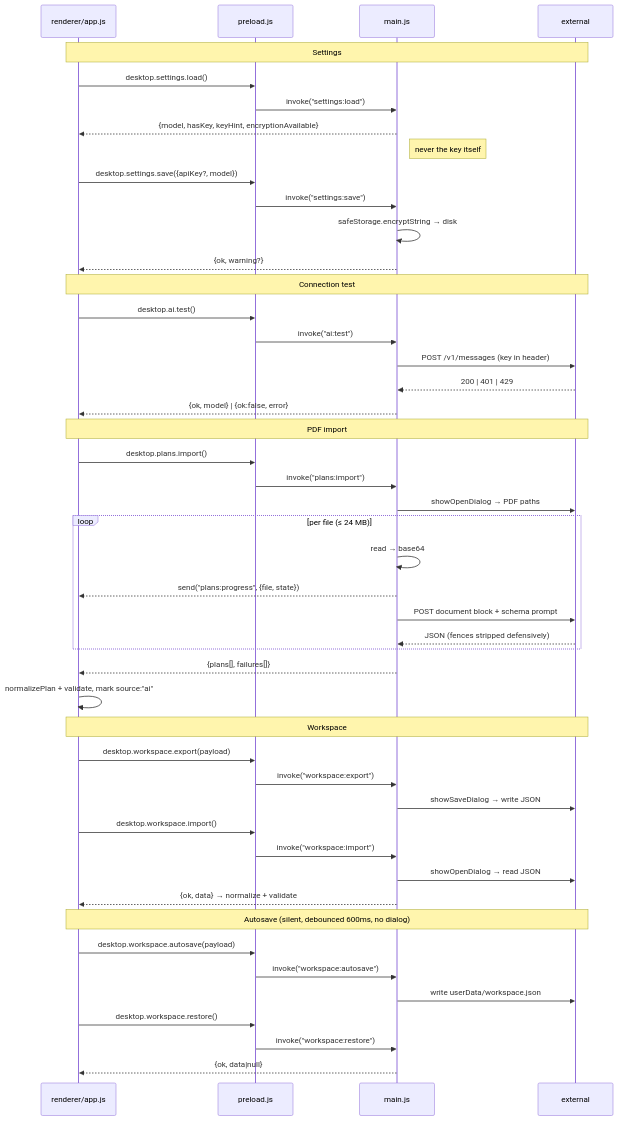
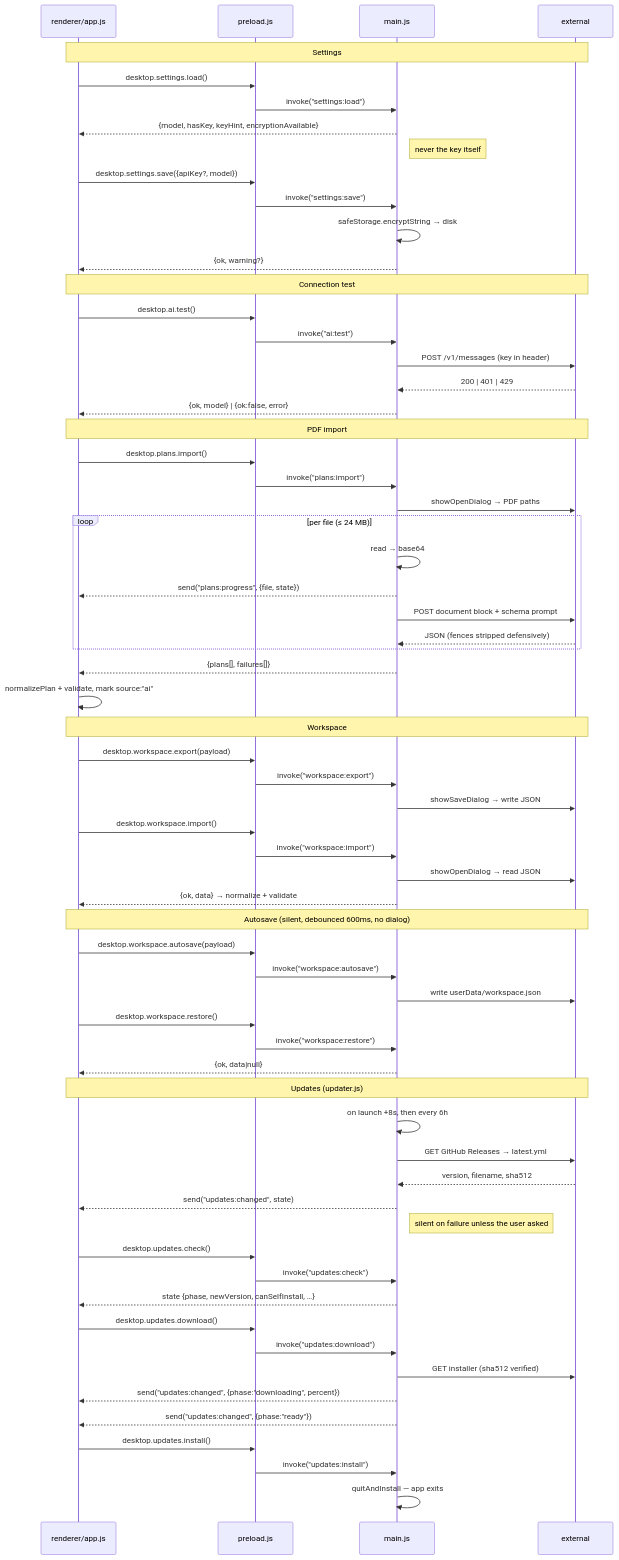
The fifth of 6 diagrams in docs/DATA-FLOW.md (TrevorD90/InsuranceCalculator), drawn with Mermaid before and after one commit. The commit also changed other lines of this file and 11 other files, not shown here.

````diff
--- a/docs/DATA-FLOW.md
+++ b/docs/DATA-FLOW.md
@@ -235,55 +235,76 @@
 ```mermaid
 sequenceDiagram
     participant R as renderer/app.js
     participant P as preload.js
     participant M as main.js
     participant X as external
 
     Note over R,X: Settings
     R->>P: desktop.settings.load()
     P->>M: invoke("settings:load")
     M-->>R: {model, hasKey, keyHint, encryptionAvailable}
     Note right of M: never the key itself
 
     R->>P: desktop.settings.save({apiKey?, model})
     P->>M: invoke("settings:save")
     M->>M: safeStorage.encryptString → disk
     M-->>R: {ok, warning?}
 
     Note over R,X: Connection test
     R->>P: desktop.ai.test()
     P->>M: invoke("ai:test")
     M->>X: POST /v1/messages (key in header)
     X-->>M: 200 | 401 | 429
     M-->>R: {ok, model} | {ok:false, error}
 
     Note over R,X: PDF import
     R->>P: desktop.plans.import()
     P->>M: invoke("plans:import")
     M->>X: showOpenDialog → PDF paths
     loop per file (≤ 24 MB)
         M->>M: read → base64
         M-->>R: send("plans:progress", {file, state})
         M->>X: POST document block + schema prompt
         X-->>M: JSON (fences stripped defensively)
     end
     M-->>R: {plans[], failures[]}
     R->>R: normalizePlan + validate, mark source:"ai"
 
     Note over R,X: Workspace
     R->>P: desktop.workspace.export(payload)
     P->>M: invoke("workspace:export")
     M->>X: showSaveDialog → write JSON
     R->>P: desktop.workspace.import()
     P->>M: invoke("workspace:import")
     M->>X: showOpenDialog → read JSON
     M-->>R: {ok, data} → normalize + validate
 
     Note over R,X: Autosave (silent, debounced 600ms, no dialog)
     R->>P: desktop.workspace.autosave(payload)
     P->>M: invoke("workspace:autosave")
     M->>X: write userData/workspace.json
     R->>P: desktop.workspace.restore()
     P->>M: invoke("workspace:restore")
     M-->>R: {ok, data|null}
+
+    Note over R,X: Updates (updater.js)
+    M->>M: on launch +8s, then every 6h
+    M->>X: GET GitHub Releases → latest.yml
+    X-->>M: version, filename, sha512
+    M-->>R: send("updates:changed", state)
+    Note right of M: silent on failure unless the user asked
+
+    R->>P: desktop.updates.check()
+    P->>M: invoke("updates:check")
+    M-->>R: state {phase, newVersion, canSelfInstall, …}
+
+    R->>P: desktop.updates.download()
+    P->>M: invoke("updates:download")
+    M->>X: GET installer (sha512 verified)
+    M-->>R: send("updates:changed", {phase:"downloading", percent})
+    M-->>R: send("updates:changed", {phase:"ready"})
+
+    R->>P: desktop.updates.install()
+    P->>M: invoke("updates:install")
+    M->>M: quitAndInstall — app exits
 ```
````
